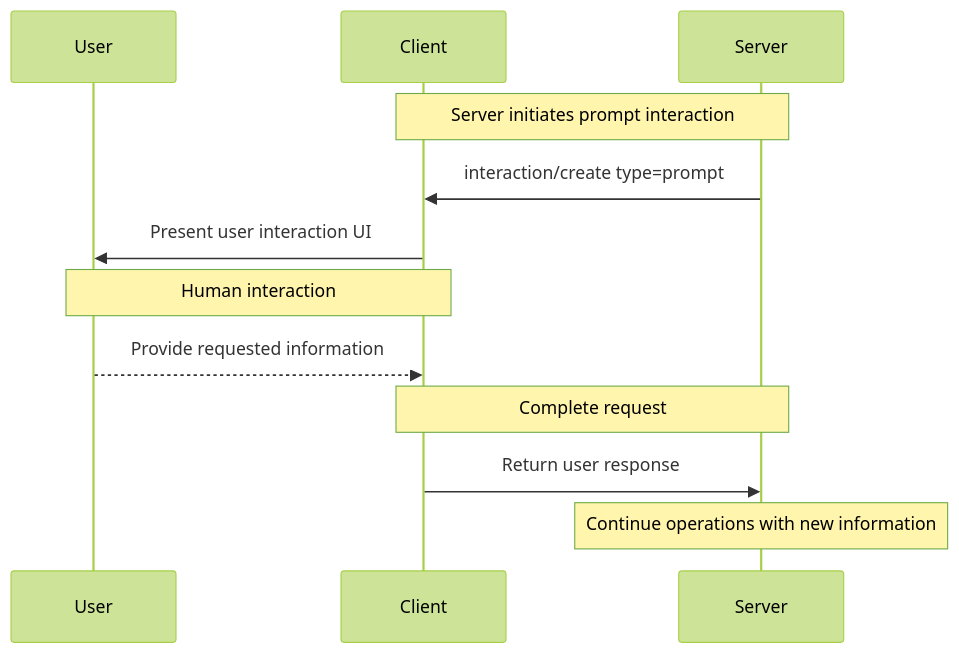
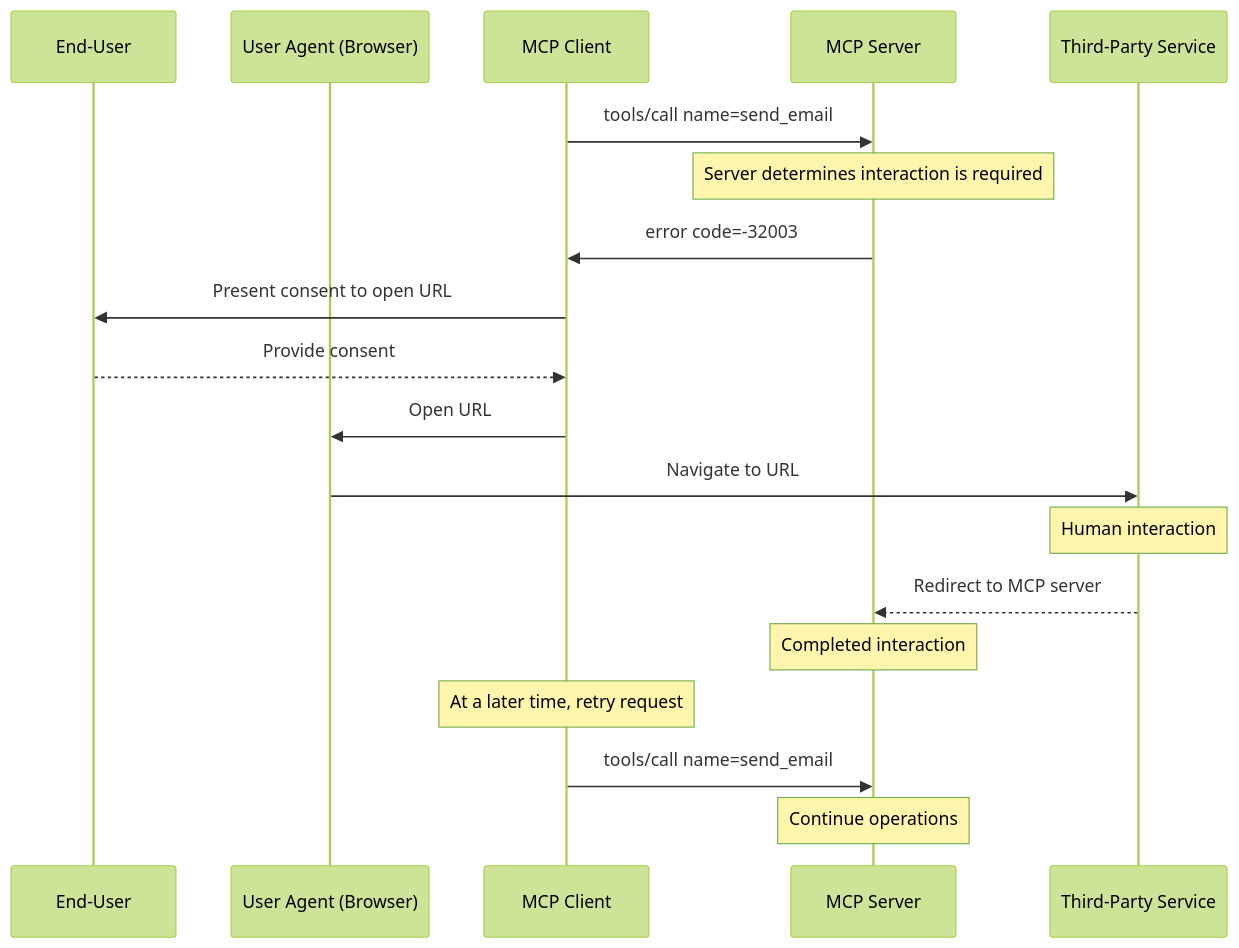
Before and after one commit to modelcontextprotocol/specification: the second of 2 diagrams in docs/specification/draft/client/user_interaction.mdx, drawn with Mermaid (forest theme). The commit also changed other lines of this file and 6 other files, not shown here.

````diff
--- a/docs/specification/draft/client/user_interaction.mdx
+++ b/docs/specification/draft/client/user_interaction.mdx
@@ -265,18 +169,27 @@
 ```mermaid
 sequenceDiagram
-    participant U as User
-    participant C as Client
-    participant S as Server
+    participant U as End-User
+    participant B as User Agent (Browser)
+    participant C as MCP Client
+    participant S as MCP Server
+    participant T as Third-Party Service
 
-    Note over S,C: Server initiates prompt interaction
-    S->>C: interaction/create type=prompt
+    C->>S: tools/call name=send_email
 
-    C->>U: Present user interaction UI
-    Note over C,U: Human interaction
-    U-->>C: Provide requested information
+    Note over S: Server determines interaction is required
+    S->>C: error code=-32003
 
-    Note over S,C: Complete request
-    C->>S: Return user response
+    C->>U: Present consent to open URL
+    U-->>C: Provide consent
 
-    Note over S: Continue operations with new information
+    C->>B: Open URL
+    B->>T: Navigate to URL
+    Note over T: Human interaction
+    T-->>S: Redirect to MCP server
+
+    Note over S: Completed interaction
+
+    Note over C: At a later time, retry request
+    C->>S: tools/call name=send_email
+    Note over S: Continue operations
 ```
````
